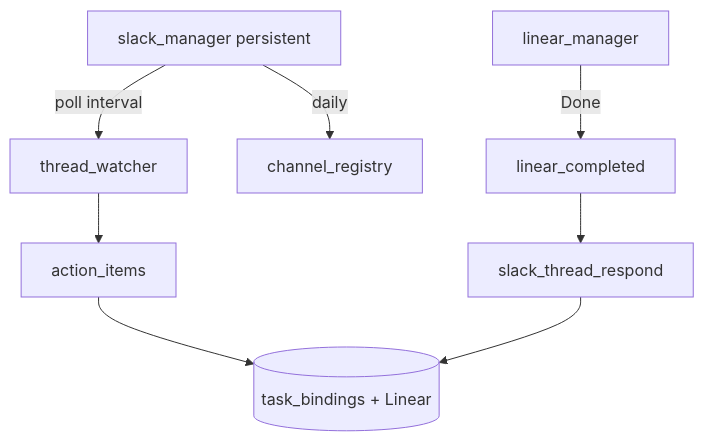
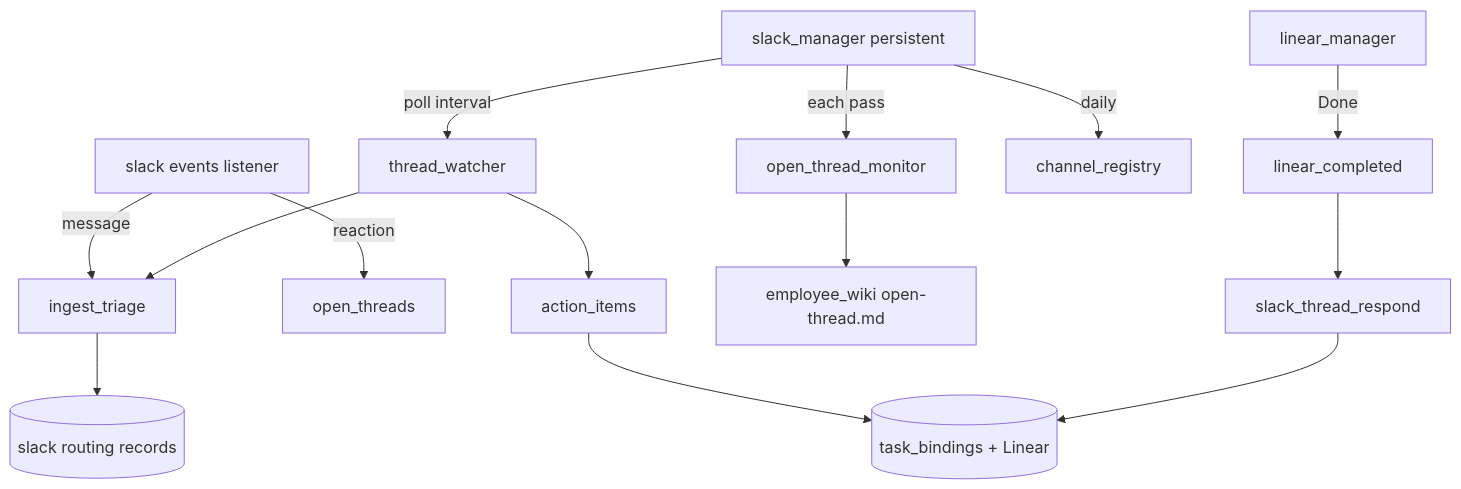
Before and after one commit to NickyHeC/4r7a: the fourth of 5 diagrams in docs/agents/operations.md, drawn with Mermaid. The commit also changed other lines of this file and 22 other files, not shown here.

First line of the commit message:
Add Slack Events API ingest triage and open-thread monitoring.

````diff
--- a/docs/agents/operations.md
+++ b/docs/agents/operations.md
@@ -551,10 +552,16 @@
 ```mermaid
 flowchart TD
+  EV[slack events listener] -->|message| TRI[ingest_triage]
+  EV -->|reaction| OT[open_threads]
   SM[slack_manager persistent] -->|poll interval| TW[thread_watcher]
+  SM -->|each pass| OTM[open_thread_monitor]
   SM -->|daily| CR[channel_registry]
+  TW --> TRI
   TW --> AI[action_items]
+  TRI --> RR[(slack routing records)]
+  OTM --> EW[employee_wiki open-thread.md]
   AI --> TB[(task_bindings + Linear)]
   LM[linear_manager] -->|Done| LC[linear_completed]
   LC --> STR[slack_thread_respond]
   STR --> TB
 ```
````
